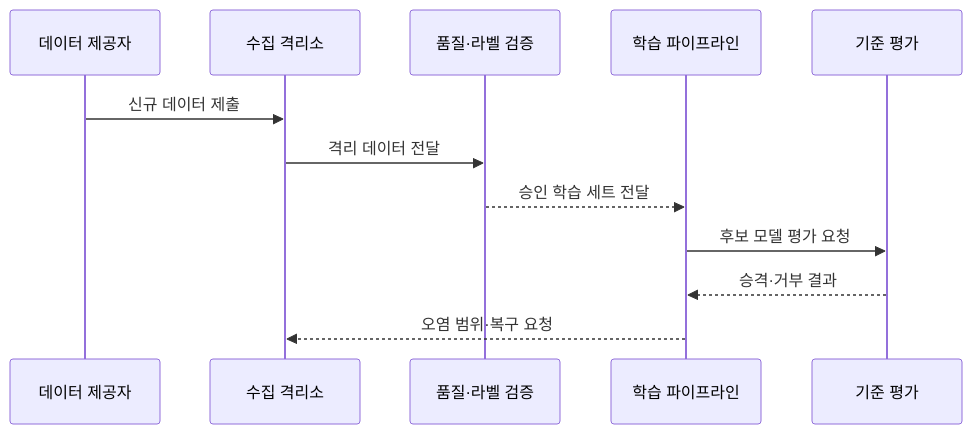
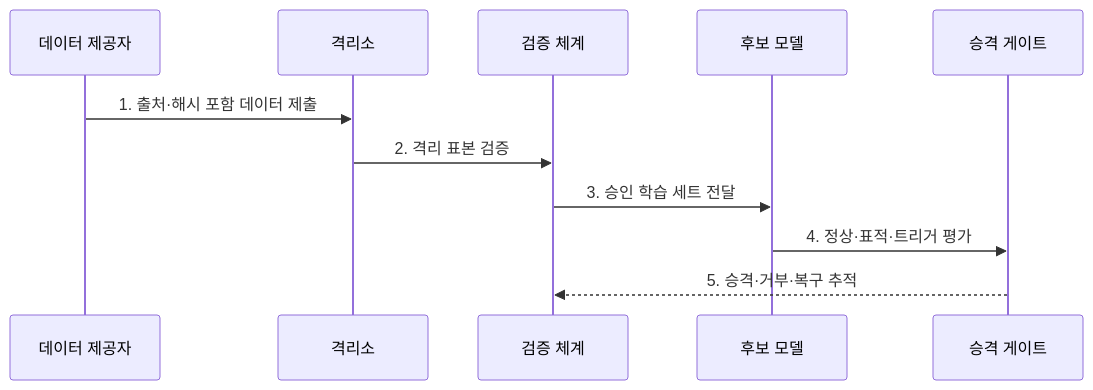
Before and after one commit to agnusdei1207/knowledge-base: the second of 2 diagrams in src/content/docs/notes/05-security/084_data_poisoning.md, drawn with Mermaid. The commit also changed other lines of this file and 6 other files, not shown here.

````diff
--- a/src/content/docs/notes/05-security/084_data_poisoning.md
+++ b/src/content/docs/notes/05-security/084_data_poisoning.md
@@ -91,14 +84,13 @@
 ```mermaid
 sequenceDiagram
     participant S as 데이터 제공자
-    participant Q as 수집 격리소
-    participant V as 품질·라벨 검증
-    participant T as 학습 파이프라인
-    participant E as 기준 평가
-    S->>Q: 신규 데이터 제출
-    Q->>V: 격리 데이터 전달
-    V-->>T: 승인 학습 세트 전달
-    T->>E: 후보 모델 평가 요청
-    E-->>T: 승격·거부 결과
-    T-->>Q: 오염 범위·복구 요청
+    participant Q as 격리소
+    participant V as 검증 체계
+    participant M as 후보 모델
+    participant G as 승격 게이트
+    S->>Q: 1. 출처·해시 포함 데이터 제출
+    Q->>V: 2. 격리 표본 검증
+    V->>M: 3. 승인 학습 세트 전달
+    M->>G: 4. 정상·표적·트리거 평가
+    G-->>V: 5. 승격·거부·복구 추적
 ```
````
